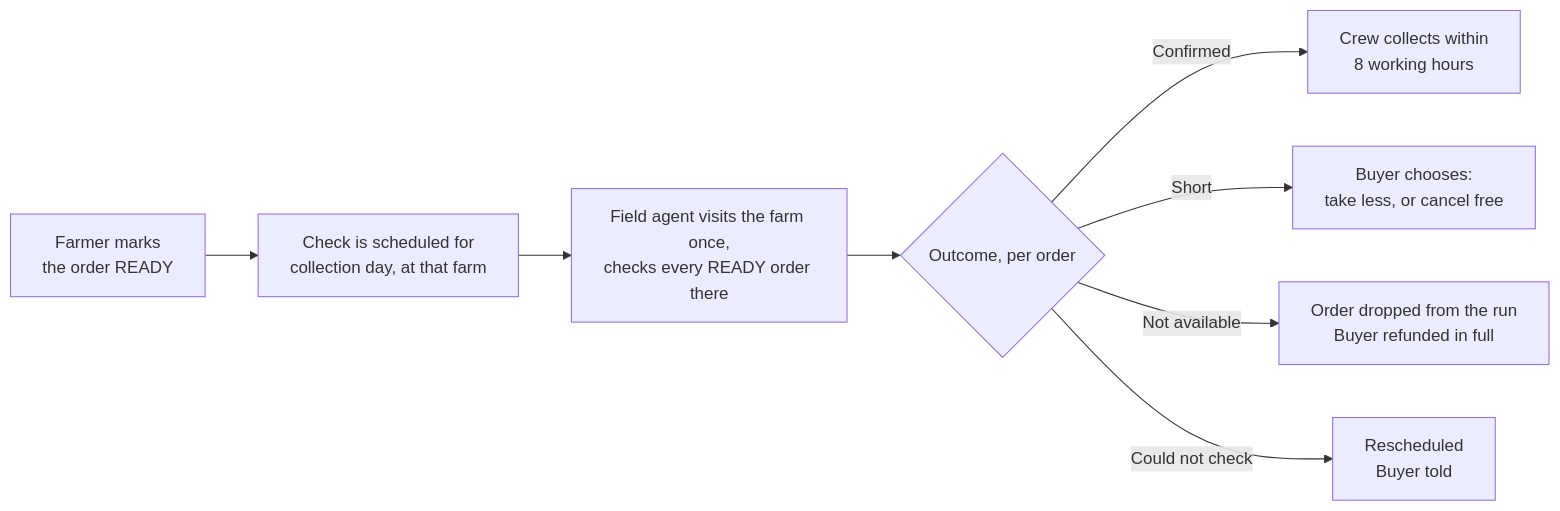
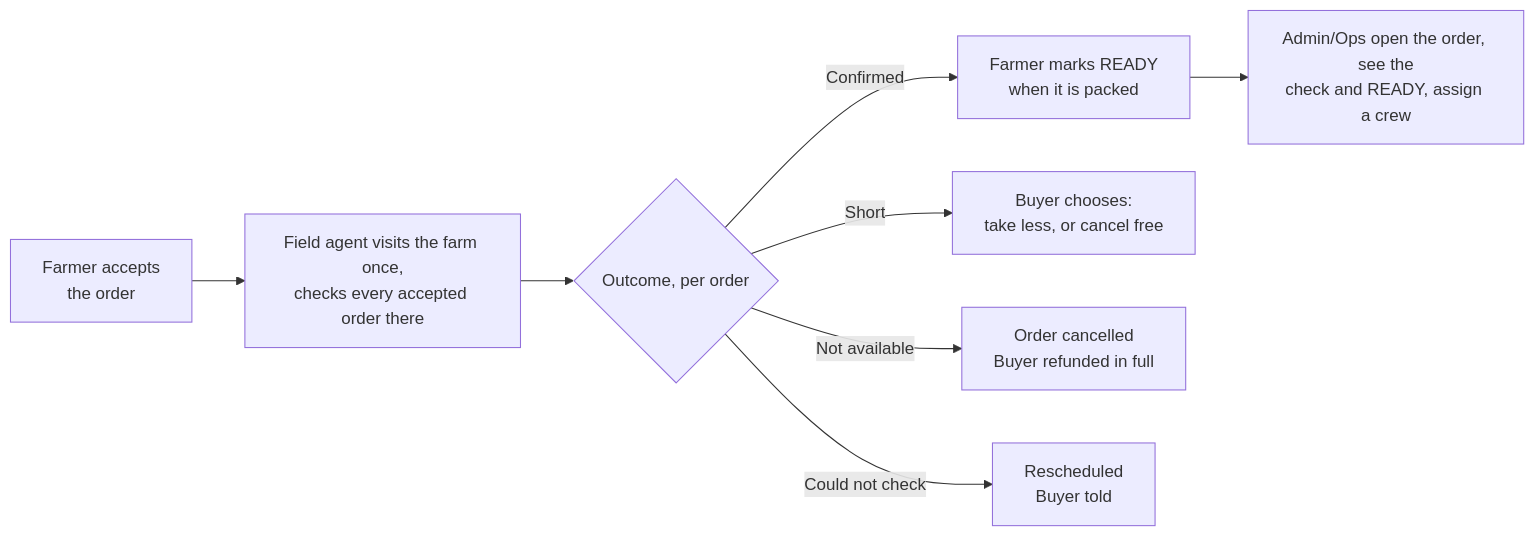
Before and after one commit to cropdoor/cropdoor-almanac: the diagram in docs/domain/order-availability-check.md, drawn with Mermaid. The commit also changed other lines of this file and 1 other file, not shown here.

First line of the commit message:
docs(domain): the check follows acceptance; Admin/Ops gate the crew

````diff
--- a/docs/domain/order-availability-check.md
+++ b/docs/domain/order-availability-check.md
@@ -24,10 +24,10 @@
 ```mermaid
 flowchart LR
-    A[Farmer marks<br/>the order READY] --> B[Check is scheduled for<br/>collection day, at that farm]
-    B --> C[Field agent visits the farm once,<br/>checks every READY order there]
-    C --> D{Outcome, per order}
-    D -->|Confirmed| E[Crew collects within<br/>8 working hours]
-    D -->|Short| F[Buyer chooses:<br/>take less, or cancel free]
-    D -->|Not available| G[Order dropped from the run<br/>Buyer refunded in full]
-    D -->|Could not check| H[Rescheduled<br/>Buyer told]
+    A[Farmer accepts<br/>the order] --> B[Field agent visits the farm once,<br/>checks every accepted order there]
+    B --> C{Outcome, per order}
+    C -->|Confirmed| D[Farmer marks READY<br/>when it is packed]
+    D --> E[Admin/Ops open the order, see the<br/>check and READY, assign a crew]
+    C -->|Short| F[Buyer chooses:<br/>take less, or cancel free]
+    C -->|Not available| G[Order cancelled<br/>Buyer refunded in full]
+    C -->|Could not check| H[Rescheduled<br/>Buyer told]
 ```
````
